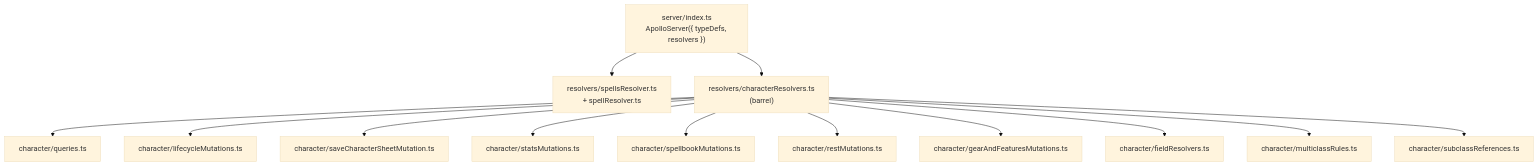
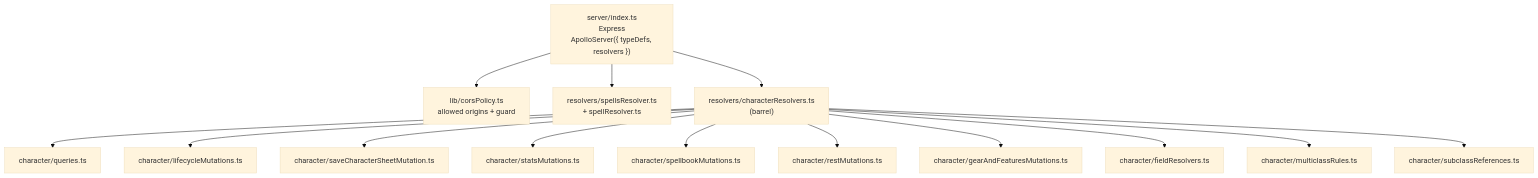
Before and after one commit to tedleahy/5e-companion: the second of 4 diagrams in docs/architecture.md, drawn with Mermaid (base theme). The commit also changed other lines of this file and 3 other files, not shown here.

First line of the commit message:
docs: Describe Express stack, CORS, and production env

````diff
--- a/docs/architecture.md
+++ b/docs/architecture.md
@@ -56,16 +57,18 @@
 ```mermaid
 flowchart TB
-    idx["server/index.ts<br/>ApolloServer({ typeDefs, resolvers })"]
+    cors["lib/corsPolicy.ts<br/>allowed origins + guard"]
+    idx["server/index.ts<br/>Express<br/>ApolloServer({ typeDefs, resolvers })"]
+    idx --> cors
     idx --> spells["resolvers/spellsResolver.ts<br/>+ spellResolver.ts"]
     idx --> charR["resolvers/characterResolvers.ts<br/>(barrel)"]
     charR --> qs["character/queries.ts"]
     charR --> life["character/lifecycleMutations.ts"]
     charR --> save["character/saveCharacterSheetMutation.ts"]
     charR --> stats["character/statsMutations.ts"]
     charR --> book["character/spellbookMutations.ts"]
     charR --> rest["character/restMutations.ts"]
     charR --> gear["character/gearAndFeaturesMutations.ts"]
     charR --> fields["character/fieldResolvers.ts"]
     charR --> rules["character/multiclassRules.ts"]
     charR --> subs["character/subclassReferences.ts"]
 ```
````
